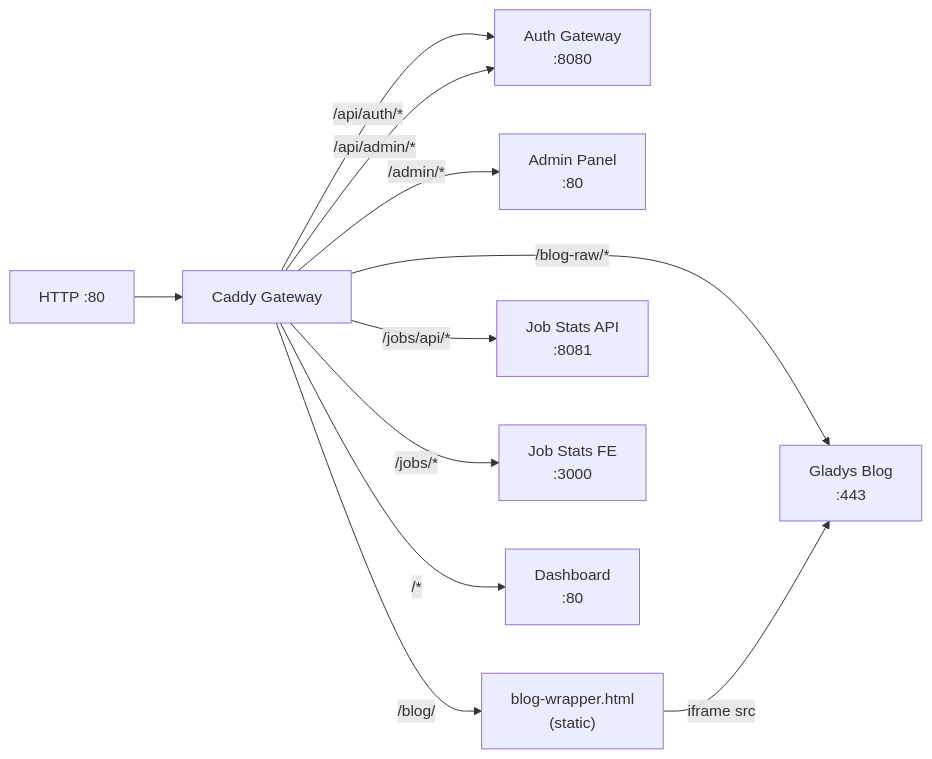
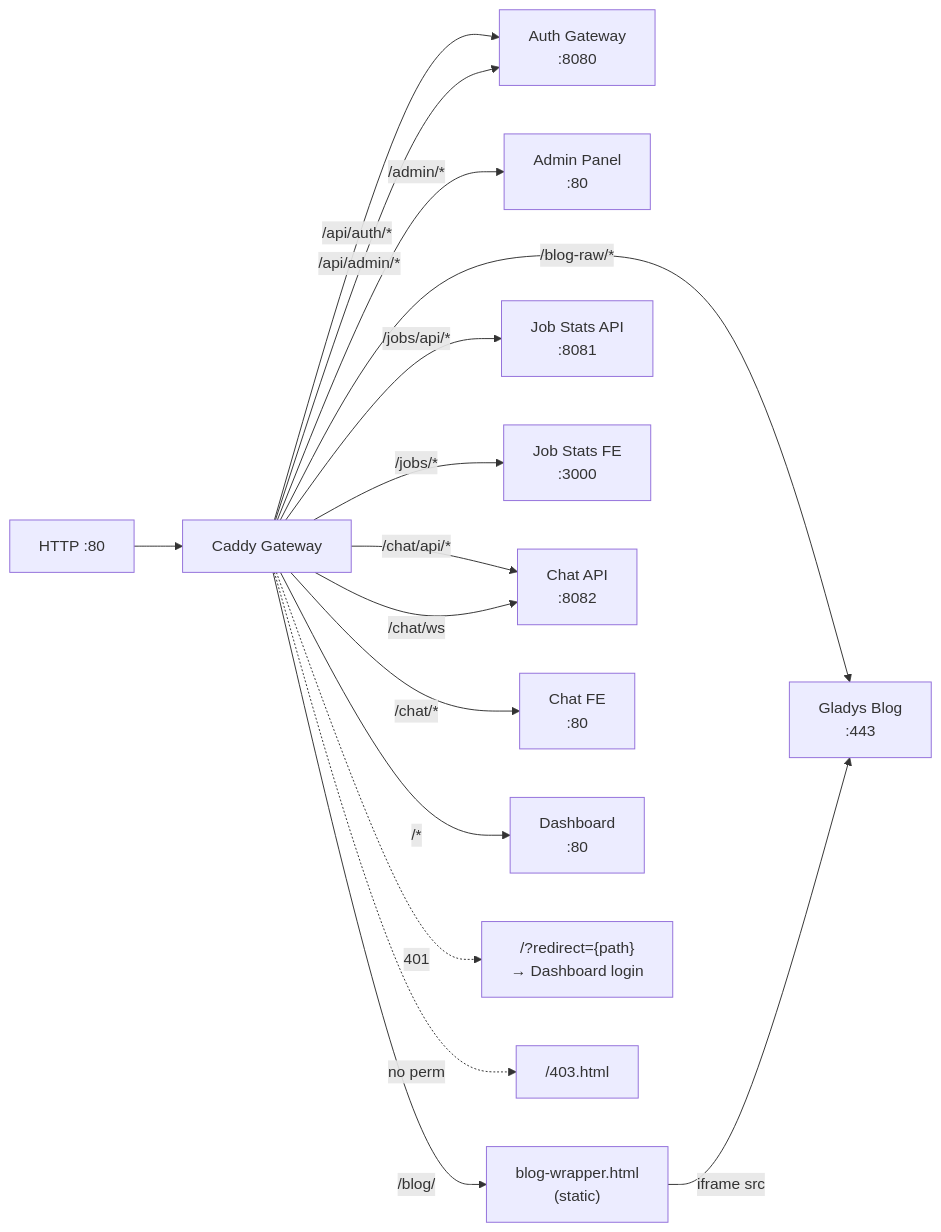
The third of 13 diagrams in ARCHITECTURE.md (Finc8888/Dashboard), drawn with Mermaid before and after one commit. The commit also changed other lines of this file and 5716 other files, not shown here.

````diff
--- a/ARCHITECTURE.md
+++ b/ARCHITECTURE.md
@@ -166,15 +216,21 @@
 ```mermaid
 flowchart LR
     REQ["HTTP :80"] --> CADDY["Caddy Gateway"]
 
     CADDY -->|"/api/auth/*"| AUTH["Auth Gateway<br/>:8080"]
     CADDY -->|"/api/admin/*"| AUTH
     CADDY -->|"/admin/*"| ADMIN_UI["Admin Panel<br/>:80"]
     CADDY -->|"/blog/"| WRAPPER["blog-wrapper.html<br/>(static)"]
     CADDY -->|"/blog-raw/*"| BLOG["Gladys Blog<br/>:443"]
     CADDY -->|"/jobs/api/*"| JOBS_API["Job Stats API<br/>:8081"]
     CADDY -->|"/jobs/*"| JOBS_FE["Job Stats FE<br/>:3000"]
+    CADDY -->|"/chat/api/*"| CHAT_API["Chat API<br/>:8082"]
+    CADDY -->|"/chat/ws"| CHAT_API
+    CADDY -->|"/chat/*"| CHAT_FE["Chat FE<br/>:80"]
     CADDY -->|"/*"| DASH["Dashboard<br/>:80"]
 
     WRAPPER -->|"iframe src"| BLOG
+
+    CADDY -.->|"401"| REDIR["/?redirect={path}<br/>→ Dashboard login"]
+    CADDY -.->|"no perm"| DENY["/403.html"]
 ```
````
